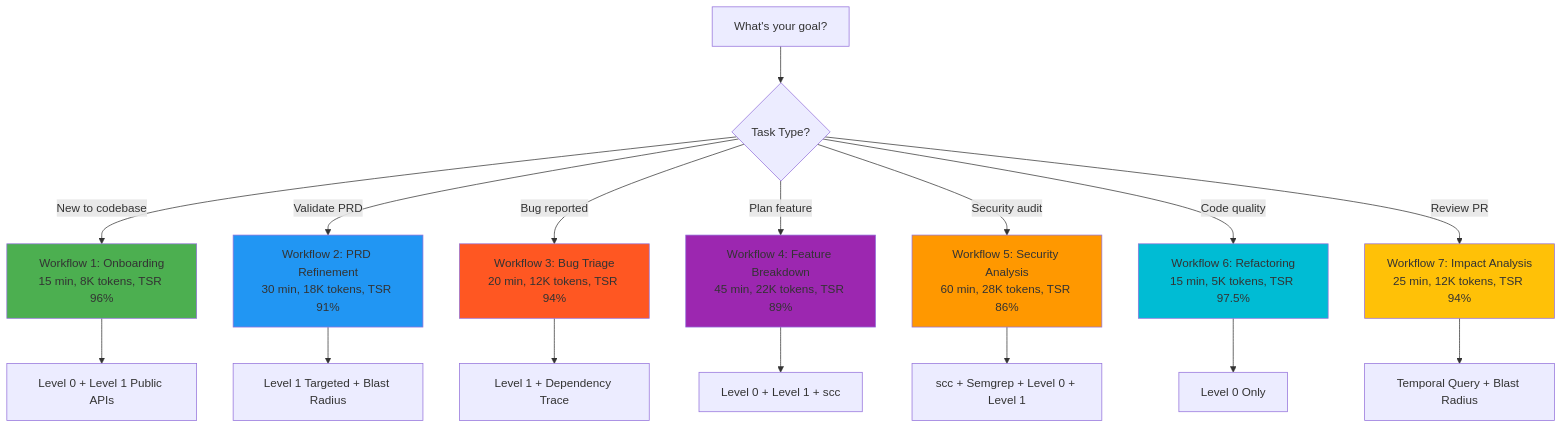
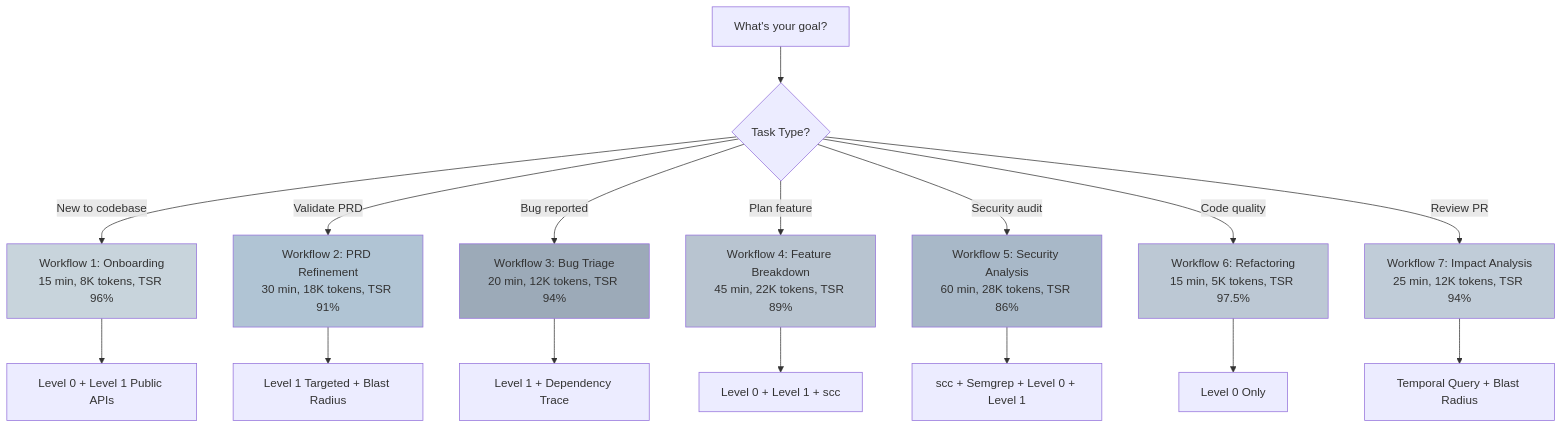
Before and after one commit to that-in-rust/parseltongue: the first of 8 diagrams in .claude/parseltongue-ultrathink.md, drawn with Mermaid. The commit also changed other lines of this file, not shown here.

First line of the commit message:
style(ultrathink): Replace bright mermaid colors with soothing blue-gray palette

````diff
--- a/.claude/parseltongue-ultrathink.md
+++ b/.claude/parseltongue-ultrathink.md
@@ -90,28 +90,28 @@
   ```mermaid
   graph TB
       START[What's your goal?] --> Q1{Task Type?}
 
       Q1 -->|New to codebase| WF1[Workflow 1: Onboarding<br/>15 min, 8K tokens, TSR 96%]
       Q1 -->|Validate PRD| WF2[Workflow 2: PRD Refinement<br/>30 min, 18K tokens, TSR 91%]
       Q1 -->|Bug reported| WF3[Workflow 3: Bug Triage<br/>20 min, 12K tokens, TSR 94%]
       Q1 -->|Plan feature| WF4[Workflow 4: Feature Breakdown<br/>45 min, 22K tokens, TSR 89%]
       Q1 -->|Security audit| WF5[Workflow 5: Security Analysis<br/>60 min, 28K tokens, TSR 86%]
       Q1 -->|Code quality| WF6[Workflow 6: Refactoring<br/>15 min, 5K tokens, TSR 97.5%]
       Q1 -->|Review PR| WF7[Workflow 7: Impact Analysis<br/>25 min, 12K tokens, TSR 94%]
 
       WF1 --> TOOL1[Level 0 + Level 1 Public APIs]
       WF2 --> TOOL2[Level 1 Targeted + Blast Radius]
       WF3 --> TOOL3[Level 1 + Dependency Trace]
       WF4 --> TOOL4[Level 0 + Level 1 + scc]
       WF5 --> TOOL5[scc + Semgrep + Level 0 + Level 1]
       WF6 --> TOOL6[Level 0 Only]
       WF7 --> TOOL7[Temporal Query + Blast Radius]
 
-      style WF1 fill:#4CAF50
-      style WF2 fill:#2196F3
-      style WF3 fill:#FF5722
-      style WF4 fill:#9C27B0
-      style WF5 fill:#FF9800
-      style WF6 fill:#00BCD4
-      style WF7 fill:#FFC107
+      style WF1 fill:#C8D4DC
+      style WF2 fill:#B0C4D4
+      style WF3 fill:#9CAAB8
+      style WF4 fill:#B8C4D0
+      style WF5 fill:#A8B8C8
+      style WF6 fill:#BCC8D4
+      style WF7 fill:#C0CCD8
   ```
````
